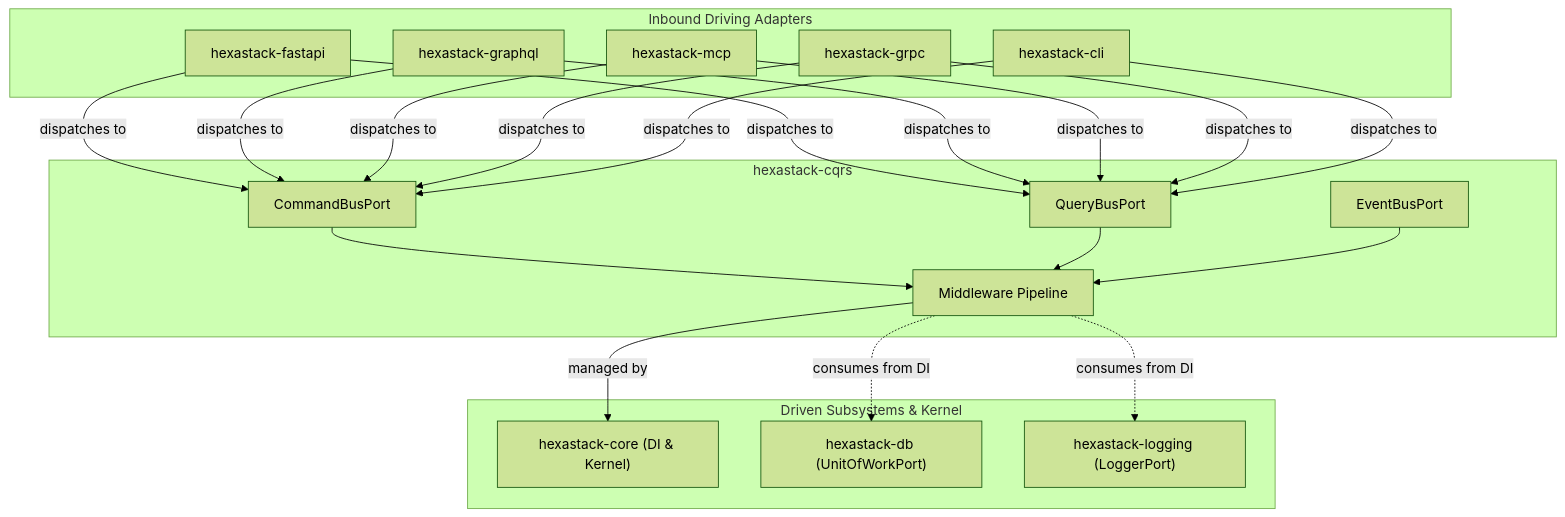
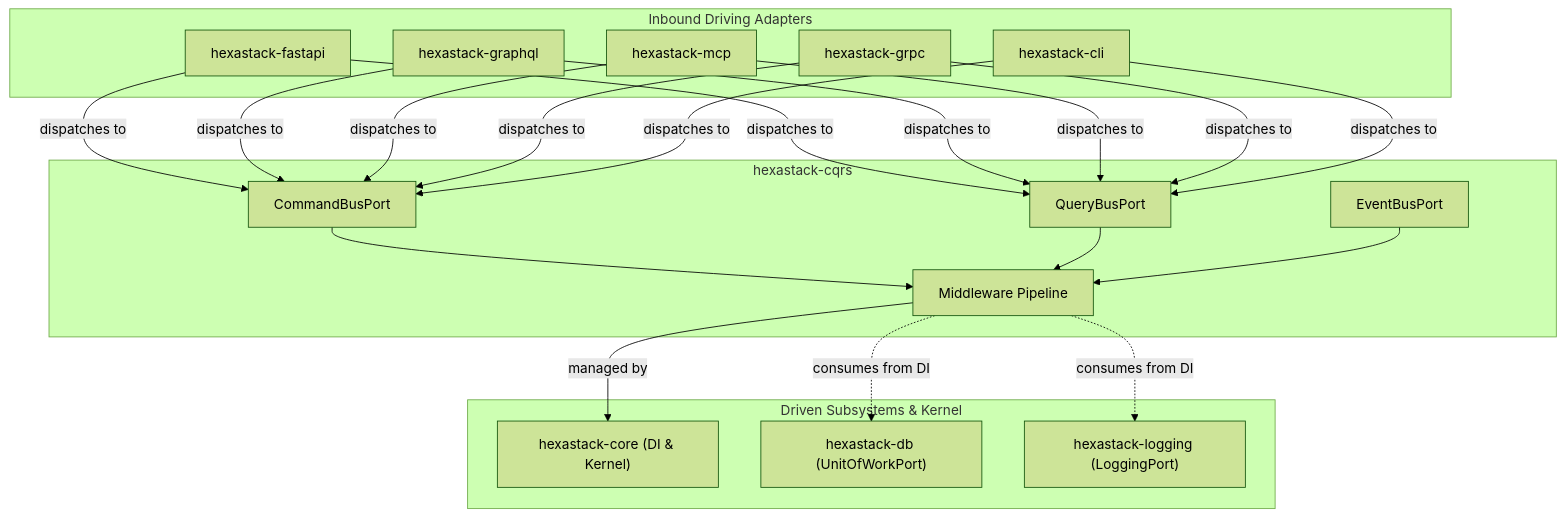
One commit to TheTrueSCU/hexastack changed the diagram in packages/hexastack_cqrs/README.md. Above: the diagram before and after it, drawn with Mermaid (forest theme). The commit also changed other lines of this file and 34 other files, not shown here.

````diff
--- a/packages/hexastack_cqrs/README.md
+++ b/packages/hexastack_cqrs/README.md
@@ -71,42 +71,42 @@
 ```mermaid
 graph TD
     subgraph DrivingAdapters ["Inbound Driving Adapters"]
         FASTAPI["hexastack-fastapi"]
         GRAPHQL["hexastack-graphql"]
         MCP["hexastack-mcp"]
         GRPC["hexastack-grpc"]
         CLI["hexastack-cli"]
     end
 
     subgraph CQRS ["hexastack-cqrs"]
         CBUS["CommandBusPort"]
         QBUS["QueryBusPort"]
         EBUS["EventBusPort"]
         PIPE["Middleware Pipeline"]
     end
 
     subgraph DrivenDependencies ["Driven Subsystems & Kernel"]
         CORE["hexastack-core (DI & Kernel)"]
         DB["hexastack-db (UnitOfWorkPort)"]
-        LOG["hexastack-logging (LoggerPort)"]
+        LOG["hexastack-logging (LoggingPort)"]
     end
 
     FASTAPI -->|dispatches to| CBUS
     FASTAPI -->|dispatches to| QBUS
     GRAPHQL -->|dispatches to| CBUS
     GRAPHQL -->|dispatches to| QBUS
     MCP -->|dispatches to| CBUS
     MCP -->|dispatches to| QBUS
     GRPC -->|dispatches to| CBUS
     GRPC -->|dispatches to| QBUS
     CLI -->|dispatches to| CBUS
     CLI -->|dispatches to| QBUS
 
     CBUS --> PIPE
     QBUS --> PIPE
     EBUS --> PIPE
 
     PIPE -->|managed by| CORE
     PIPE -. consumes from DI .-> DB
     PIPE -. consumes from DI .-> LOG
 ```
````
